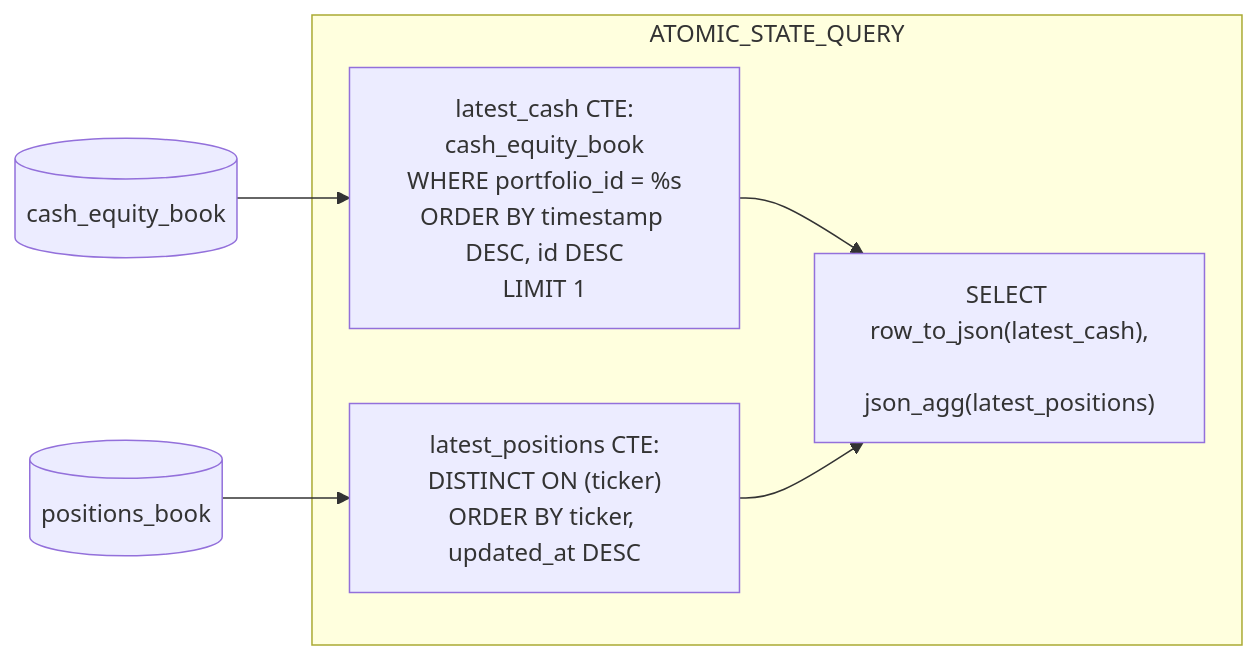
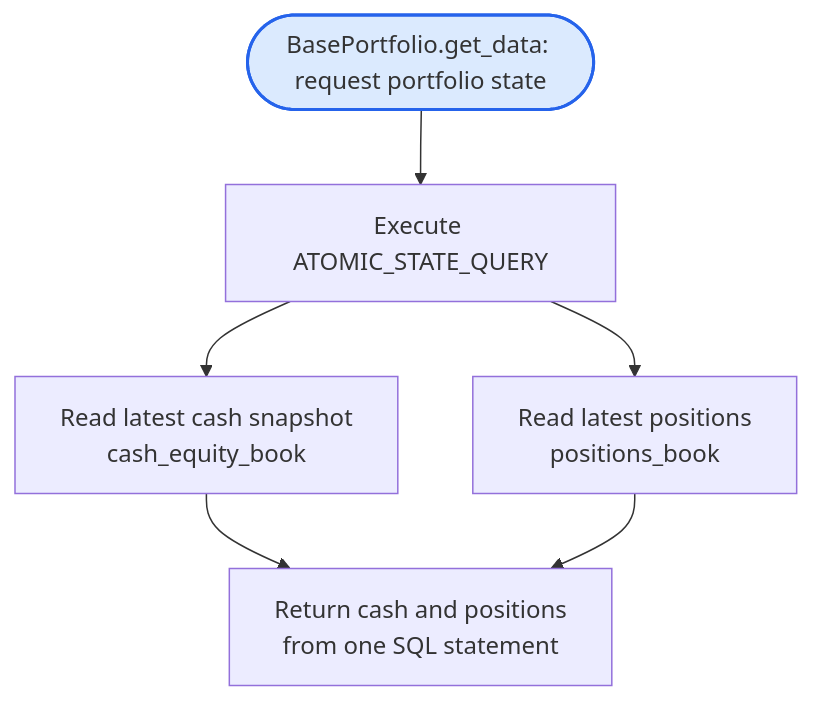
The third of 4 diagrams in docs/workflows/database-schema.md (MUNQuantSociety/MQSMaster), drawn with Mermaid before and after one commit. The commit also changed other lines of this file and 12 other files, not shown here.

Commit message:
docs: make workflow diagrams top-down hierarchies

````diff
--- a/docs/workflows/database-schema.md
+++ b/docs/workflows/database-schema.md
@@ -188,12 +160,9 @@
 ```mermaid
-flowchart LR
-    subgraph Q["ATOMIC_STATE_QUERY"]
-        C1["latest_cash CTE:<br/>cash_equity_book<br/>WHERE portfolio_id = %s<br/>ORDER BY timestamp DESC, id DESC<br/>LIMIT 1"]
-        C2["latest_positions CTE:<br/>DISTINCT ON (ticker)<br/>ORDER BY ticker, updated_at DESC"]
-        SEL["SELECT row_to_json(latest_cash),<br/>       json_agg(latest_positions)"]
-    end
-    CASH[(cash_equity_book)] --> C1
-    POS[(positions_book)]  --> C2
-    C1 --> SEL
-    C2 --> SEL
+flowchart TD
+    ROOT(["BasePortfolio.get_data: request portfolio state"]) --> QUERY["Execute ATOMIC_STATE_QUERY"]
+    QUERY --> CASH["Read latest cash snapshot<br/>cash_equity_book"]
+    QUERY --> POS["Read latest positions<br/>positions_book"]
+    CASH --> SNAPSHOT["Return cash and positions<br/>from one SQL statement"]
+    POS --> SNAPSHOT
+    style ROOT fill:#dbeafe,stroke:#2563eb,stroke-width:2px
 ```
````
